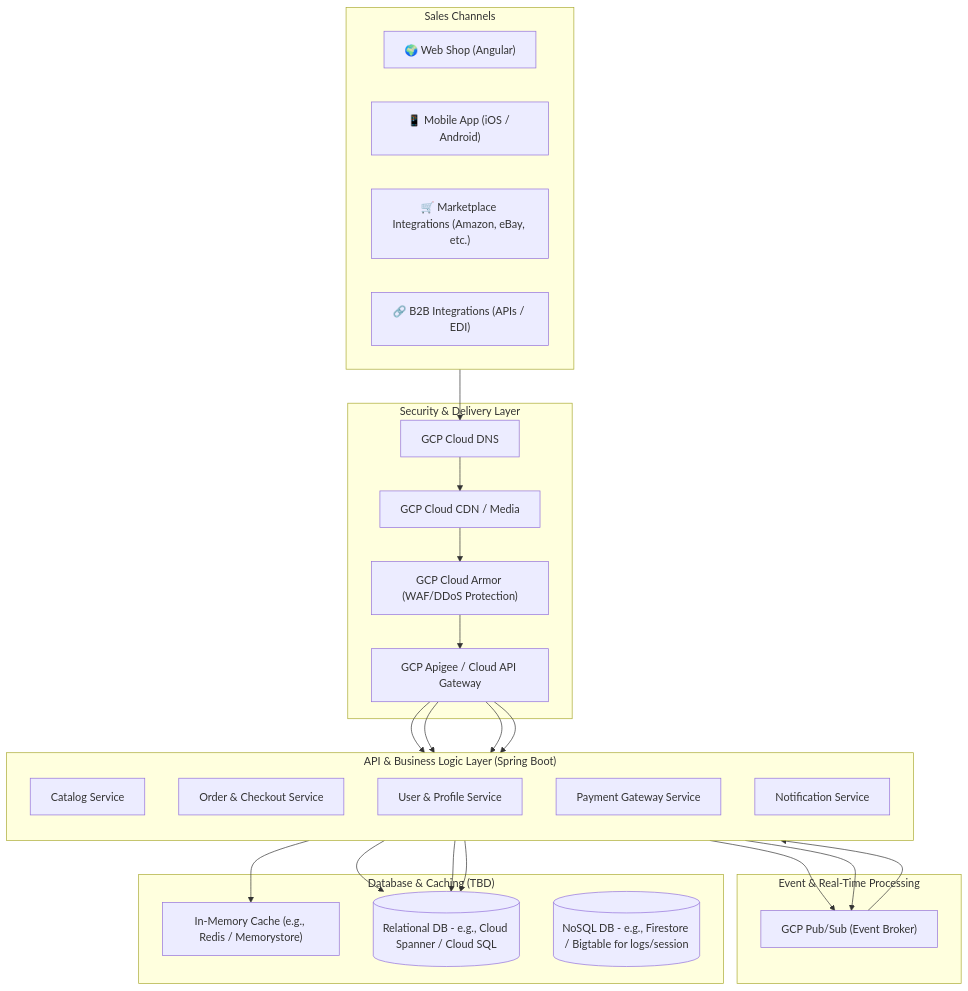
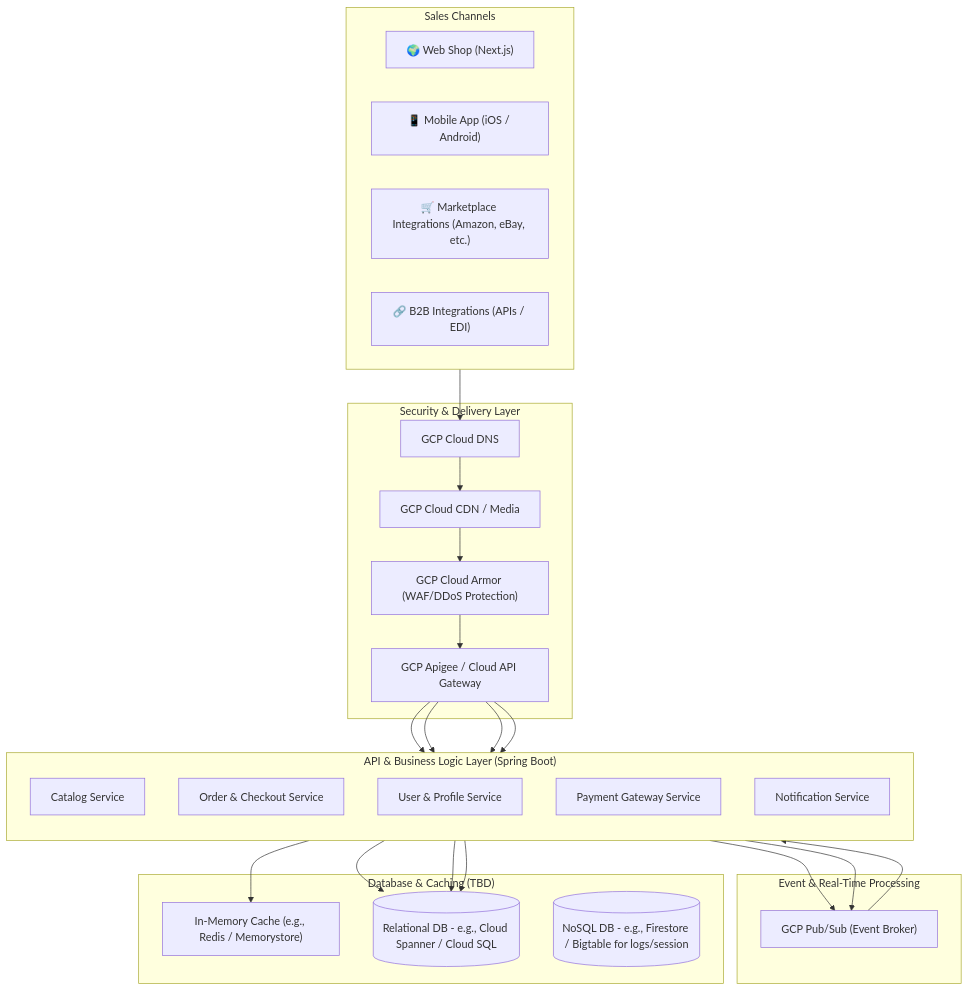
Before and after one commit to drapic88/abysalto-webshop: the first of 2 diagrams in doc/architecture.md, drawn with Mermaid. The commit also changed other lines of this file and 1 other file, not shown here.

Commit message:
Replace Next.js instead of Angular

````diff
--- a/doc/architecture.md
+++ b/doc/architecture.md
@@ -22,55 +22,55 @@
 ```mermaid
 graph TD
     %% Sales Channels
     subgraph Channels ["Sales Channels"]
-        Web["🌍 Web Shop (Angular)"]
+        Web["🌍 Web Shop (Next.js)"]
         Mobile["📱 Mobile App (iOS / Android)"]
         Marketplace["🛒 Marketplace Integrations (Amazon, eBay, etc.)"]
         B2B["🔗 B2B Integrations (APIs / EDI)"]
     end
 
     %% Edge & Security
     subgraph Edge ["Security & Delivery Layer"]
         DNS["GCP Cloud DNS"] --> CDN["GCP Cloud CDN / Media"]
         CDN --> Armor["GCP Cloud Armor (WAF/DDoS Protection)"]
         Armor --> APIGateway["GCP Apigee / Cloud API Gateway"]
     end
 
     Channels --> DNS
 
     %% API Layer (Spring Boot)
     subgraph APILayer ["API & Business Logic Layer (Spring Boot)"]
         direction TB
         CatalogSvc["Catalog Service"]
         OrderSvc["Order & Checkout Service"]
         UserSvc["User & Profile Service"]
         PaymentSvc["Payment Gateway Service"]
         NotificationSvc["Notification Service"]
     end
 
     APIGateway --> CatalogSvc
     APIGateway --> OrderSvc
     APIGateway --> UserSvc
     APIGateway --> PaymentSvc
 
     %% Message Broker & Real-Time Processing
     subgraph EventStream ["Event & Real-Time Processing"]
         PubSub["GCP Pub/Sub (Event Broker)"]
     end
 
     CatalogSvc --> PubSub
     OrderSvc --> PubSub
     PubSub --> NotificationSvc
 
     %% Database & Cache Layer
     subgraph StorageLayer ["Database & Caching (TBD)"]
         Cache["In-Memory Cache (e.g., Redis / Memorystore)"]
         PrimaryDB[(Relational DB - e.g., Cloud Spanner / Cloud SQL)]
         NoSQLDB[(NoSQL DB - e.g., Firestore / Bigtable for logs/session)]
     end
 
     CatalogSvc --> Cache
     OrderSvc --> PrimaryDB
     UserSvc --> PrimaryDB
     PaymentSvc --> PrimaryDB
 ```
````
